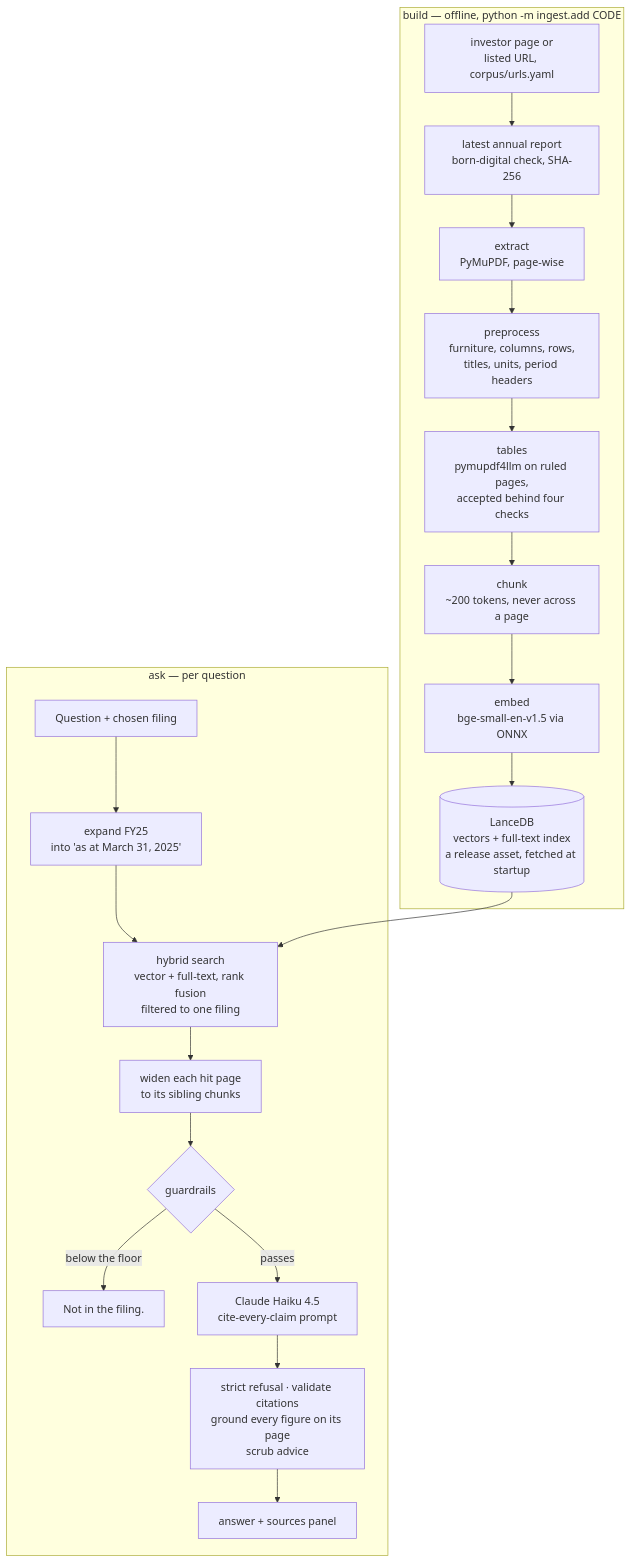
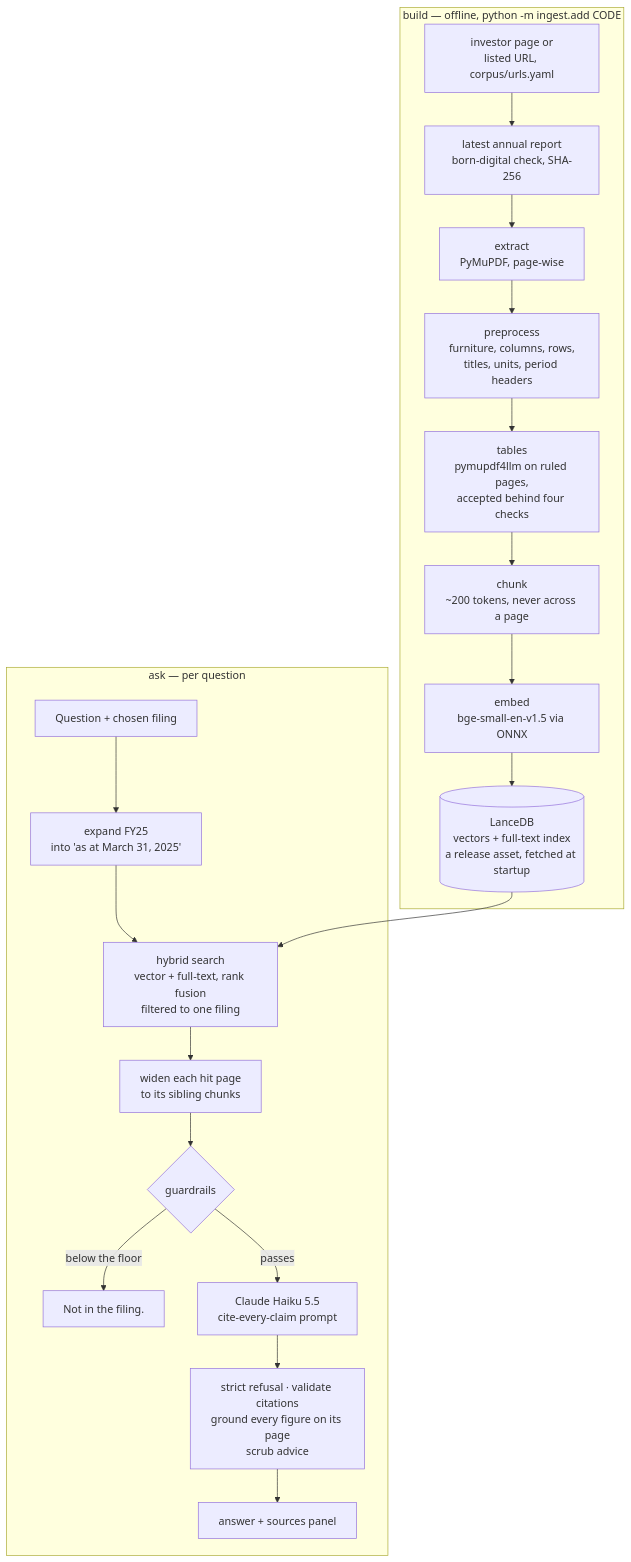
Before and after one commit to shivank2703/folio: the diagram in README.md, drawn with Mermaid. The commit also changed other lines of this file and 8 other files, not shown here.

First line of the commit message:
Generate with Claude Haiku 5.5; rate limit sized for it

````diff
--- a/README.md
+++ b/README.md
@@ -33,23 +33,23 @@
 ```mermaid
 flowchart TB
     subgraph build["build — offline, python -m ingest.add CODE"]
         SRC[investor page or<br/>listed URL, corpus/urls.yaml] --> PDF[latest annual report<br/>born-digital check, SHA-256]
         PDF --> EX[extract<br/>PyMuPDF, page-wise]
         EX --> PRE[preprocess<br/>furniture, columns, rows,<br/>titles, units, period headers]
         PRE --> TB[tables<br/>pymupdf4llm on ruled pages,<br/>accepted behind four checks]
         TB --> CH[chunk<br/>~200 tokens, never across a page]
         CH --> EM[embed<br/>bge-small-en-v1.5 via ONNX]
         EM --> DB[(LanceDB<br/>vectors + full-text index<br/>a release asset, fetched at startup)]
     end
     subgraph ask["ask — per question"]
         Q[Question + chosen filing] --> FY[expand FY25<br/>into 'as at March 31, 2025']
         FY --> HY[hybrid search<br/>vector + full-text, rank fusion<br/>filtered to one filing]
         DB --> HY
         HY --> PX[widen each hit page<br/>to its sibling chunks]
         PX --> G{guardrails}
         G -->|below the floor| R[Not in the filing.]
-        G -->|passes| GEN[Claude Haiku 4.5<br/>cite-every-claim prompt]
+        G -->|passes| GEN[Claude Haiku 5.5<br/>cite-every-claim prompt]
         GEN --> V[strict refusal · validate citations<br/>ground every figure on its page<br/>scrub advice]
         V --> UI[answer + sources panel]
     end
 ```
````
